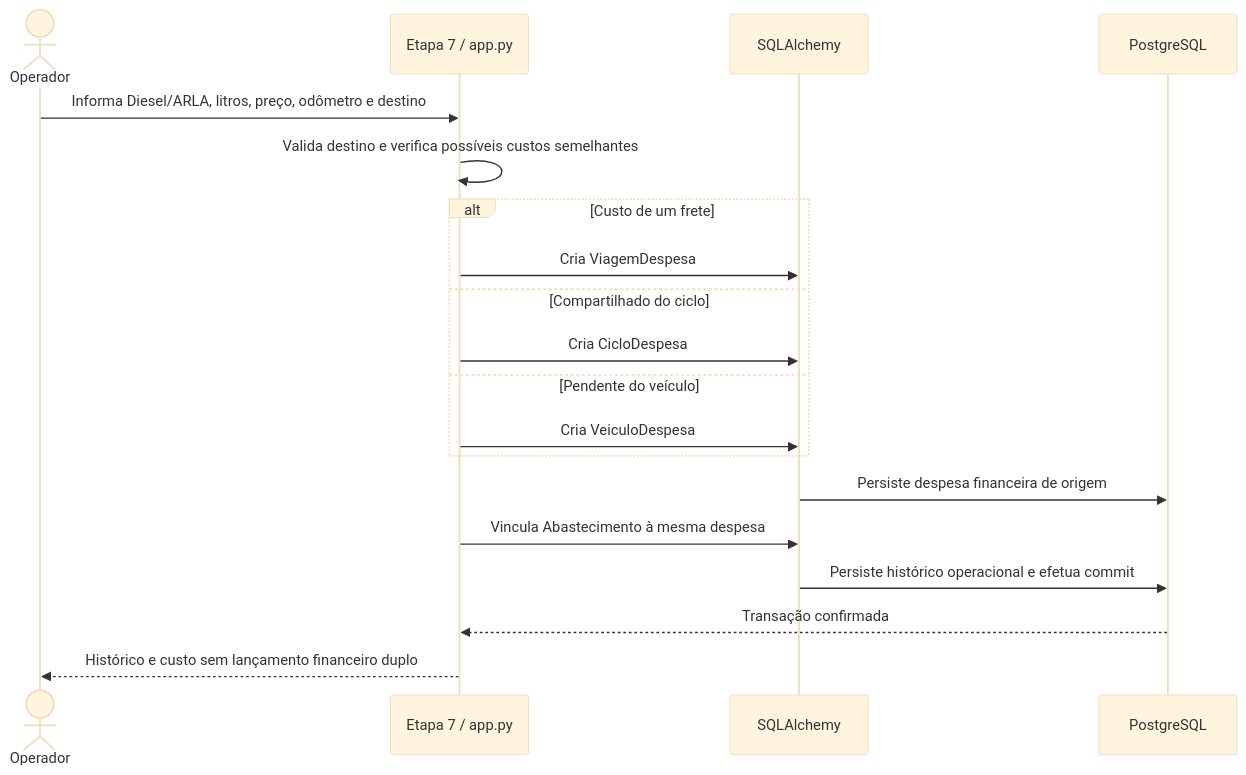
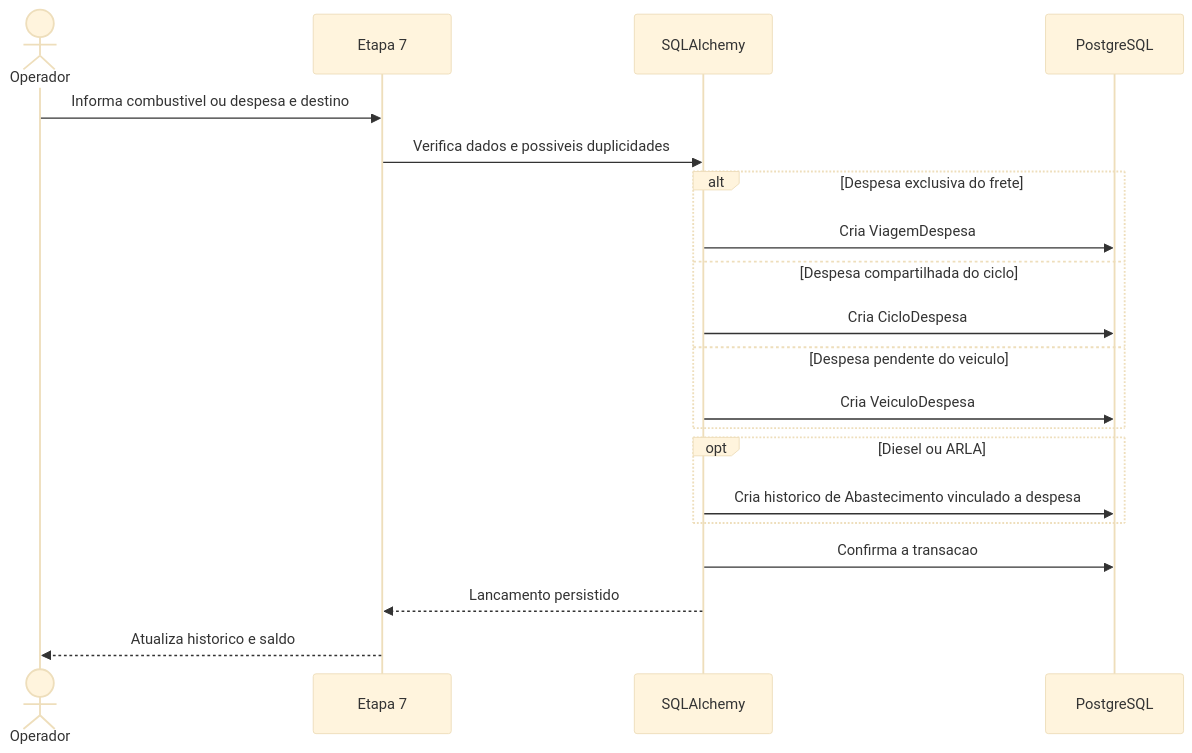
The second of 3 diagrams in docs/diagramas/sequencias.md (felpontes98/faeg-logistica-app), drawn with Mermaid (base theme) before and after one commit. The commit also changed other lines of this file and 27 other files, not shown here.

````diff
--- a/docs/diagramas/sequencias.md
+++ b/docs/diagramas/sequencias.md
@@ -34,21 +42,22 @@
 ```mermaid
 sequenceDiagram
     actor Operador
-    participant UI as Etapa 7 / app.py
+    participant UI as Etapa 7
     participant ORM as SQLAlchemy
     participant DB as PostgreSQL
-    Operador->>UI: Informa Diesel/ARLA, litros, preço, odômetro e destino
-    UI->>UI: Valida destino e verifica possíveis custos semelhantes
-    alt Custo de um frete
-        UI->>ORM: Cria ViagemDespesa
-    else Compartilhado do ciclo
-        UI->>ORM: Cria CicloDespesa
-    else Pendente do veículo
-        UI->>ORM: Cria VeiculoDespesa
+    Operador->>UI: Informa combustivel ou despesa e destino
+    UI->>ORM: Verifica dados e possiveis duplicidades
+    alt Despesa exclusiva do frete
+        ORM->>DB: Cria ViagemDespesa
+    else Despesa compartilhada do ciclo
+        ORM->>DB: Cria CicloDespesa
+    else Despesa pendente do veiculo
+        ORM->>DB: Cria VeiculoDespesa
     end
-    ORM->>DB: Persiste despesa financeira de origem
-    UI->>ORM: Vincula Abastecimento à mesma despesa
-    ORM->>DB: Persiste histórico operacional e efetua commit
-    DB-->>UI: Transação confirmada
-    UI-->>Operador: Histórico e custo sem lançamento financeiro duplo
+    opt Diesel ou ARLA
+        ORM->>DB: Cria historico de Abastecimento vinculado a despesa
+    end
+    ORM->>DB: Confirma a transacao
+    ORM-->>UI: Lancamento persistido
+    UI-->>Operador: Atualiza historico e saldo
 ```
````
